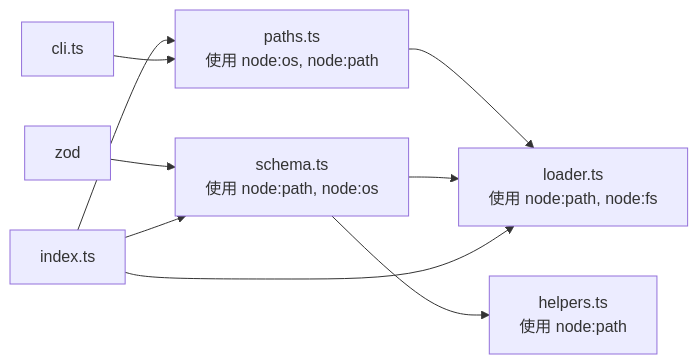
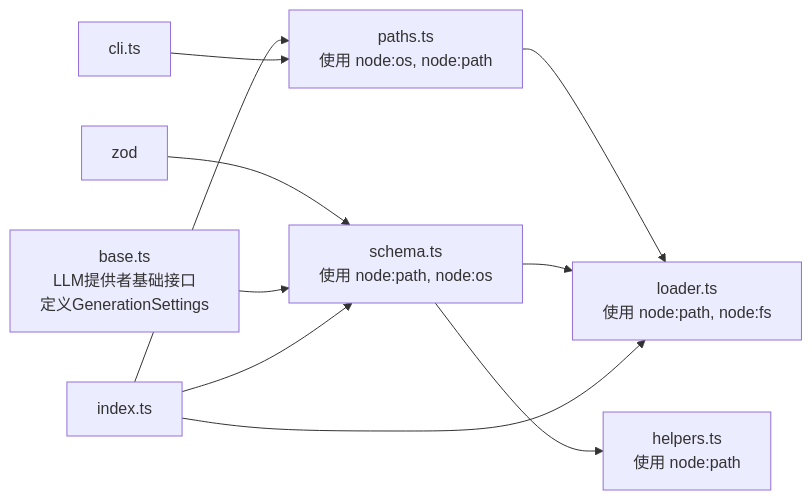
Before and after one commit to neciszhang/batbot: the third of 3 diagrams in .qoder/repowiki/zh/content/配置系统/配置模式定义.md, drawn with Mermaid. The commit also changed other lines of this file and 10 other files, not shown here.

````diff
--- a/.qoder/repowiki/zh/content/配置系统/配置模式定义.md
+++ b/.qoder/repowiki/zh/content/配置系统/配置模式定义.md
@@ -352,11 +357,12 @@
 ```mermaid
 graph LR
 Z["zod"] --> SCHEMA["schema.ts<br/>使用 node:path, node:os"]
 PATHS["paths.ts<br/>使用 node:os, node:path"] --> LOADER["loader.ts<br/>使用 node:path, node:fs"]
 SCHEMA --> LOADER
 SCHEMA --> HELPERS["helpers.ts<br/>使用 node:path"]
+BASE["base.ts<br/>LLM提供者基础接口<br/>定义GenerationSettings"] --> SCHEMA
 INDEX["index.ts"] --> SCHEMA
 INDEX --> LOADER
 INDEX --> PATHS
 CLI["cli.ts"] --> PATHS
 ```
````
